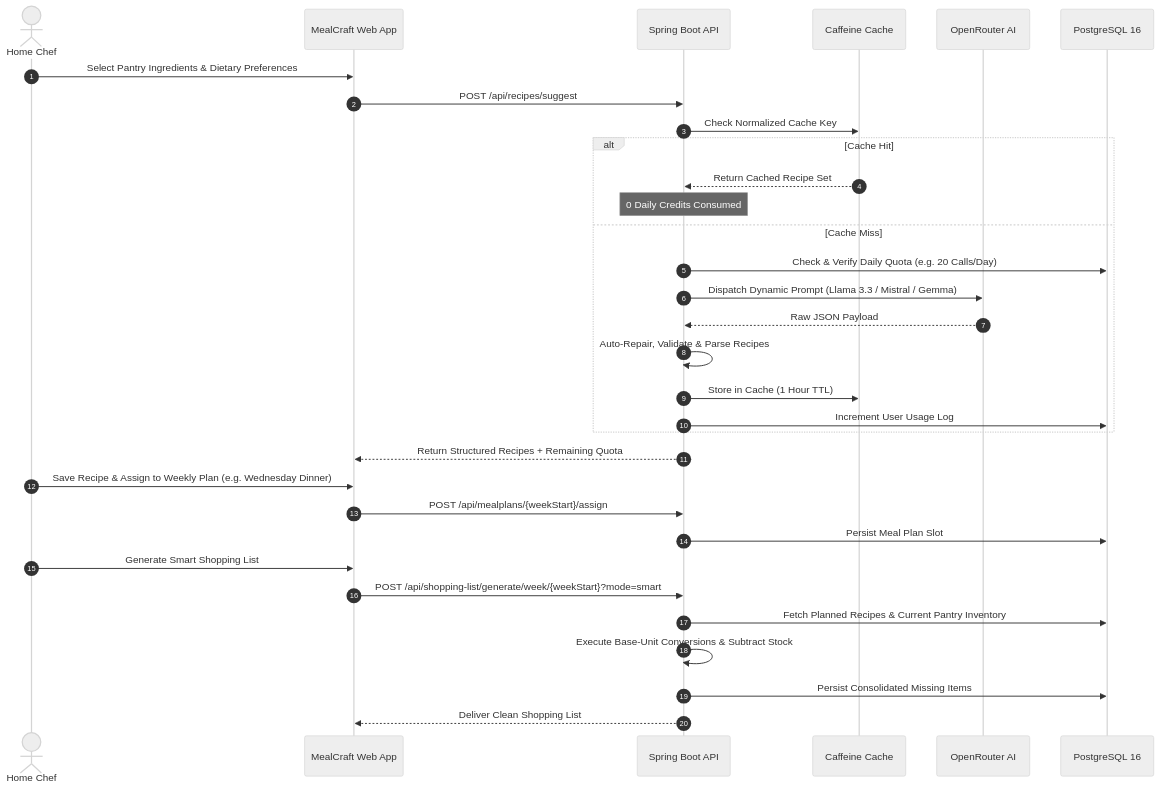
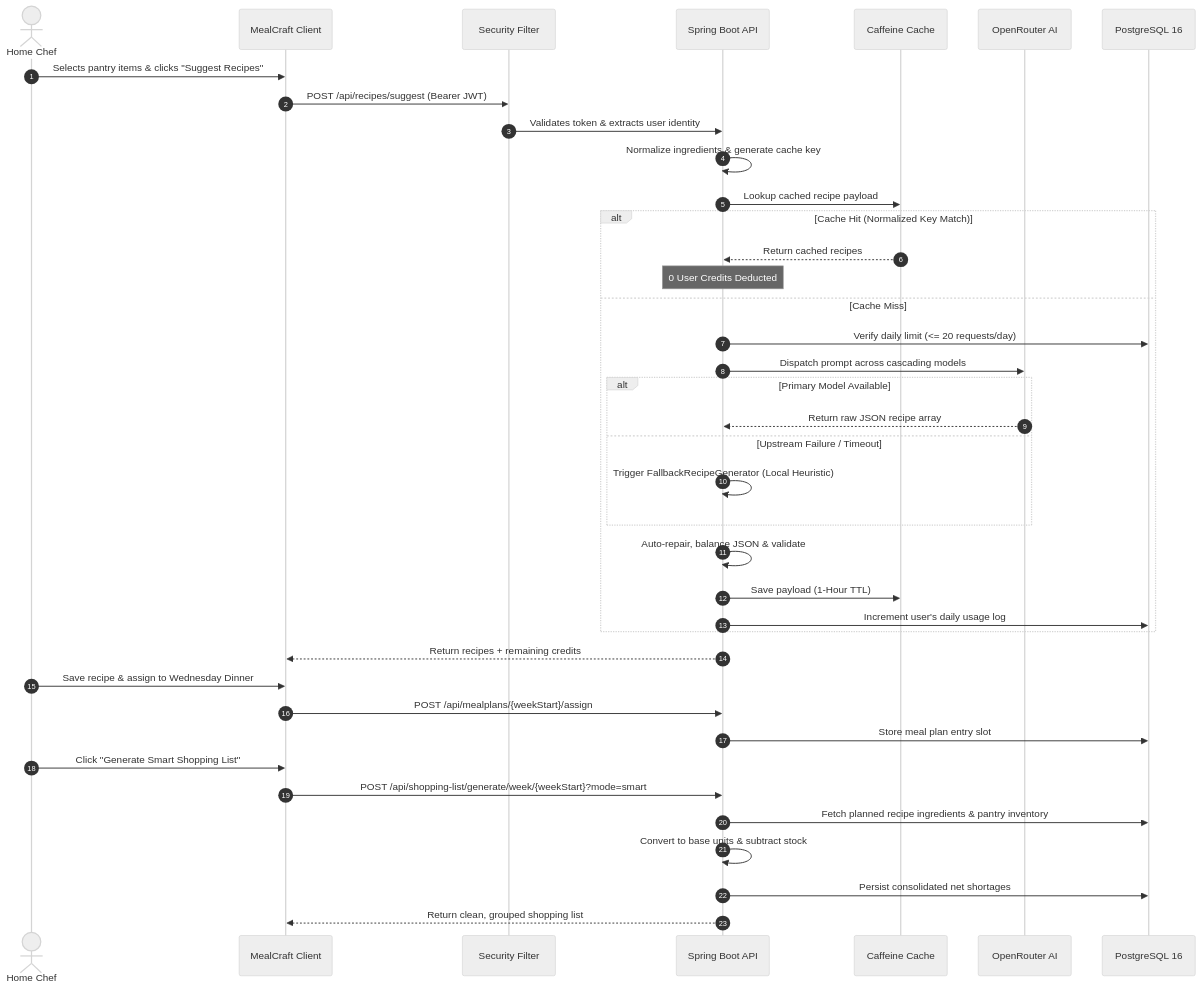
Before and after one commit to jayeshahir09/MealCraft: the second of 3 diagrams in README.md, drawn with Mermaid (neutral theme). The commit also changed other lines of this file, not shown here.

````diff
--- a/README.md
+++ b/README.md
@@ -143,38 +181,45 @@
 ```mermaid
 sequenceDiagram
     autonumber
     actor Chef as Home Chef
-    participant UI as MealCraft Web App
+    participant UI as MealCraft Client
+    participant Auth as Security Filter
     participant API as Spring Boot API
     participant Cache as Caffeine Cache
-    participant LLM as OpenRouter AI
+    participant AI as OpenRouter AI
     participant DB as PostgreSQL 16
 
-    Chef->>UI: Select Pantry Ingredients & Dietary Preferences
-    UI->>API: POST /api/recipes/suggest
-    API->>Cache: Check Normalized Cache Key
+    Chef->>UI: Selects pantry items & clicks "Suggest Recipes"
+    UI->>Auth: POST /api/recipes/suggest (Bearer JWT)
+    Auth->>API: Validates token & extracts user identity
+    API->>API: Normalize ingredients & generate cache key
+    API->>Cache: Lookup cached recipe payload
 
-    alt Cache Hit
-        Cache-->>API: Return Cached Recipe Set
-        Note over API: 0 Daily Credits Consumed
+    alt Cache Hit (Normalized Key Match)
+        Cache-->>API: Return cached recipes
+        Note over API: 0 User Credits Deducted
     else Cache Miss
-        API->>DB: Check & Verify Daily Quota (e.g. 20 Calls/Day)
-        API->>LLM: Dispatch Dynamic Prompt (Llama 3.3 / Mistral / Gemma)
-        LLM-->>API: Raw JSON Payload
-        API->>API: Auto-Repair, Validate & Parse Recipes
-        API->>Cache: Store in Cache (1 Hour TTL)
-        API->>DB: Increment User Usage Log
+        API->>DB: Verify daily limit (<= 20 requests/day)
+        API->>AI: Dispatch prompt across cascading models
+        alt Primary Model Available
+            AI-->>API: Return raw JSON recipe array
+        else Upstream Failure / Timeout
+            API->>API: Trigger FallbackRecipeGenerator (Local Heuristic)
+        end
+        API->>API: Auto-repair, balance JSON & validate
+        API->>Cache: Save payload (1-Hour TTL)
+        API->>DB: Increment user's daily usage log
     end
 
-    API-->>UI: Return Structured Recipes + Remaining Quota
-    Chef->>UI: Save Recipe & Assign to Weekly Plan (e.g. Wednesday Dinner)
+    API-->>UI: Return recipes + remaining credits
+    Chef->>UI: Save recipe & assign to Wednesday Dinner
     UI->>API: POST /api/mealplans/{weekStart}/assign
-    API->>DB: Persist Meal Plan Slot
+    API->>DB: Store meal plan entry slot
 
-    Chef->>UI: Generate Smart Shopping List
+    Chef->>UI: Click "Generate Smart Shopping List"
     UI->>API: POST /api/shopping-list/generate/week/{weekStart}?mode=smart
-    API->>DB: Fetch Planned Recipes & Current Pantry Inventory
-    API->>API: Execute Base-Unit Conversions & Subtract Stock
-    API->>DB: Persist Consolidated Missing Items
-    API-->>UI: Deliver Clean Shopping List
+    API->>DB: Fetch planned recipe ingredients & pantry inventory
+    API->>API: Convert to base units & subtract stock
+    API->>DB: Persist consolidated net shortages
+    API-->>UI: Return clean, grouped shopping list
 ```
````
